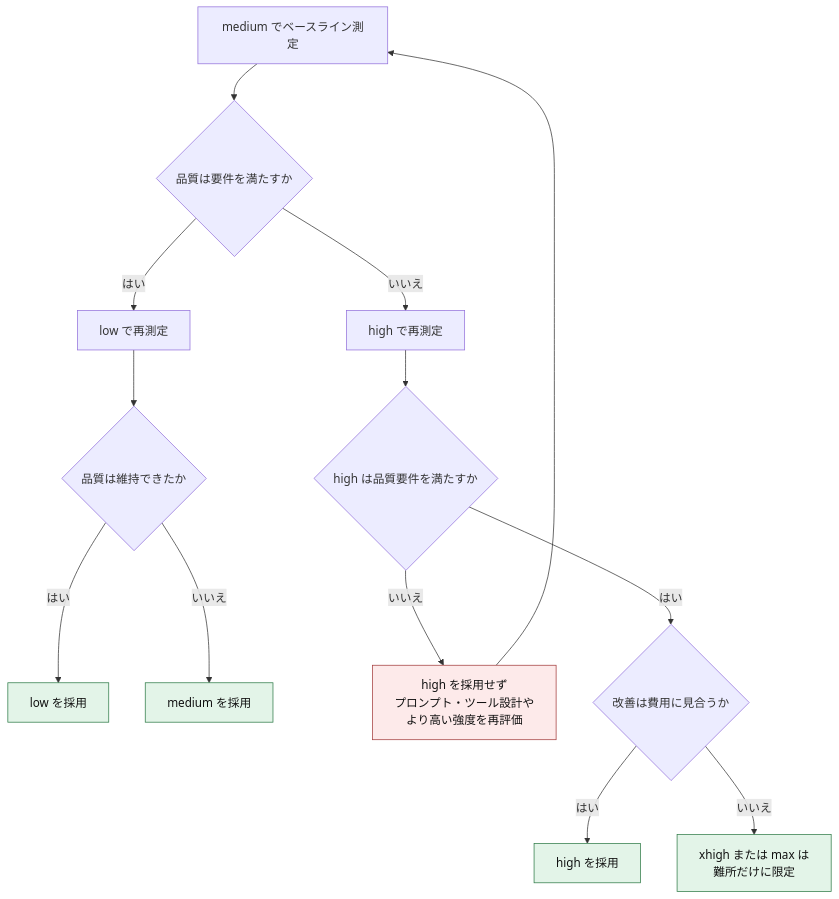
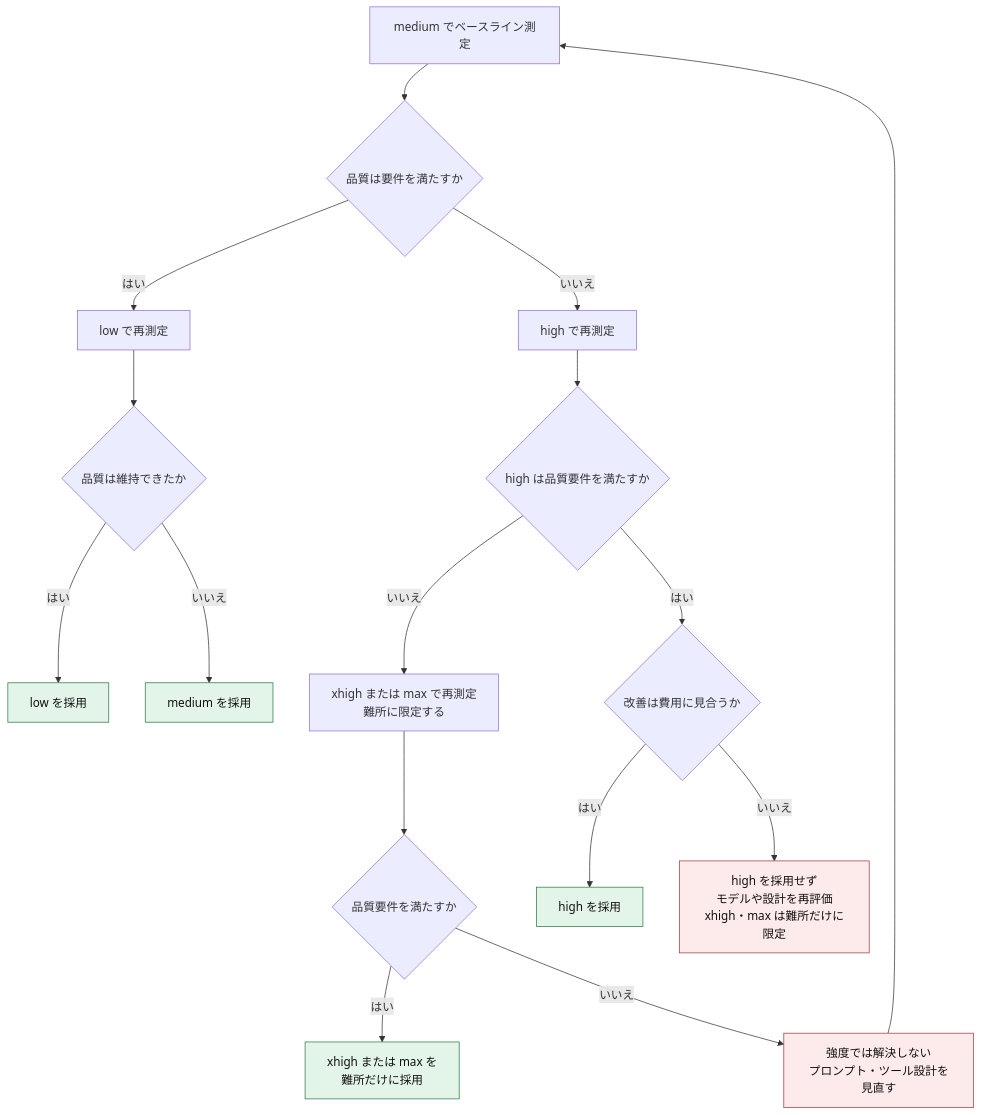
The fourth of 12 diagrams in Openai-gpt-6-astra-best-practices-guide.md (myoshi2891/Comparison-of-LLMs), drawn with Mermaid before and after one commit. The commit also changed other lines of this file and 1 other file, not shown here.

Commit message:
docs(openai): normalize documentation URLs and document ADC in Codex guide, and check incomplete status and add custom tool continuation in Astra guide

````diff
--- a/Openai-gpt-6-astra-best-practices-guide.md
+++ b/Openai-gpt-6-astra-best-practices-guide.md
@@ -234,19 +240,22 @@
 ```mermaid
 flowchart TB
   A["medium でベースライン測定"] --> B{"品質は要件を満たすか"}
   B -- "はい" --> C["low で再測定"]
   C --> D{"品質は維持できたか"}
   D -- "はい" --> E["low を採用"]
   D -- "いいえ" --> F["medium を採用"]
   B -- "いいえ" --> G["high で再測定"]
   G --> K{"high は品質要件を満たすか"}
-  K -- "いいえ" --> R["high を採用せず<br/>プロンプト・ツール設計や<br/>より高い強度を再評価"]
+  K -- "いいえ" --> X["xhigh または max で再測定<br/>難所に限定する"]
+  X --> Y{"品質要件を満たすか"}
+  Y -- "はい" --> Z["xhigh または max を<br/>難所だけに採用"]
+  Y -- "いいえ" --> R["強度では解決しない<br/>プロンプト・ツール設計を見直す"]
   R --> A
   K -- "はい" --> H{"改善は費用に見合うか"}
   H -- "はい" --> I["high を採用"]
-  H -- "いいえ" --> J["xhigh または max は<br/>難所だけに限定"]
+  H -- "いいえ" --> J["high を採用せず<br/>モデルや設計を再評価<br/>xhigh・max は難所だけに限定"]
   classDef ok fill:#e3f4e8,stroke:#2d7a46,color:#111
   classDef warn fill:#fdeaea,stroke:#a33b3b,color:#111
-  class E,F,I,J ok
-  class R warn
+  class E,F,I,Z ok
+  class J,R warn
 ```
````
